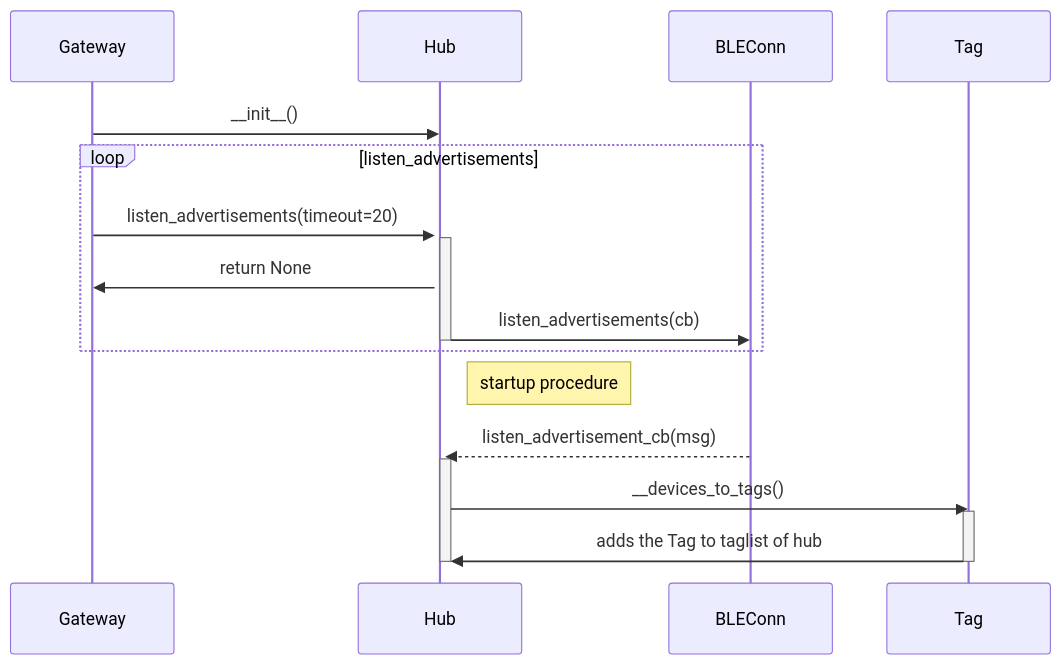
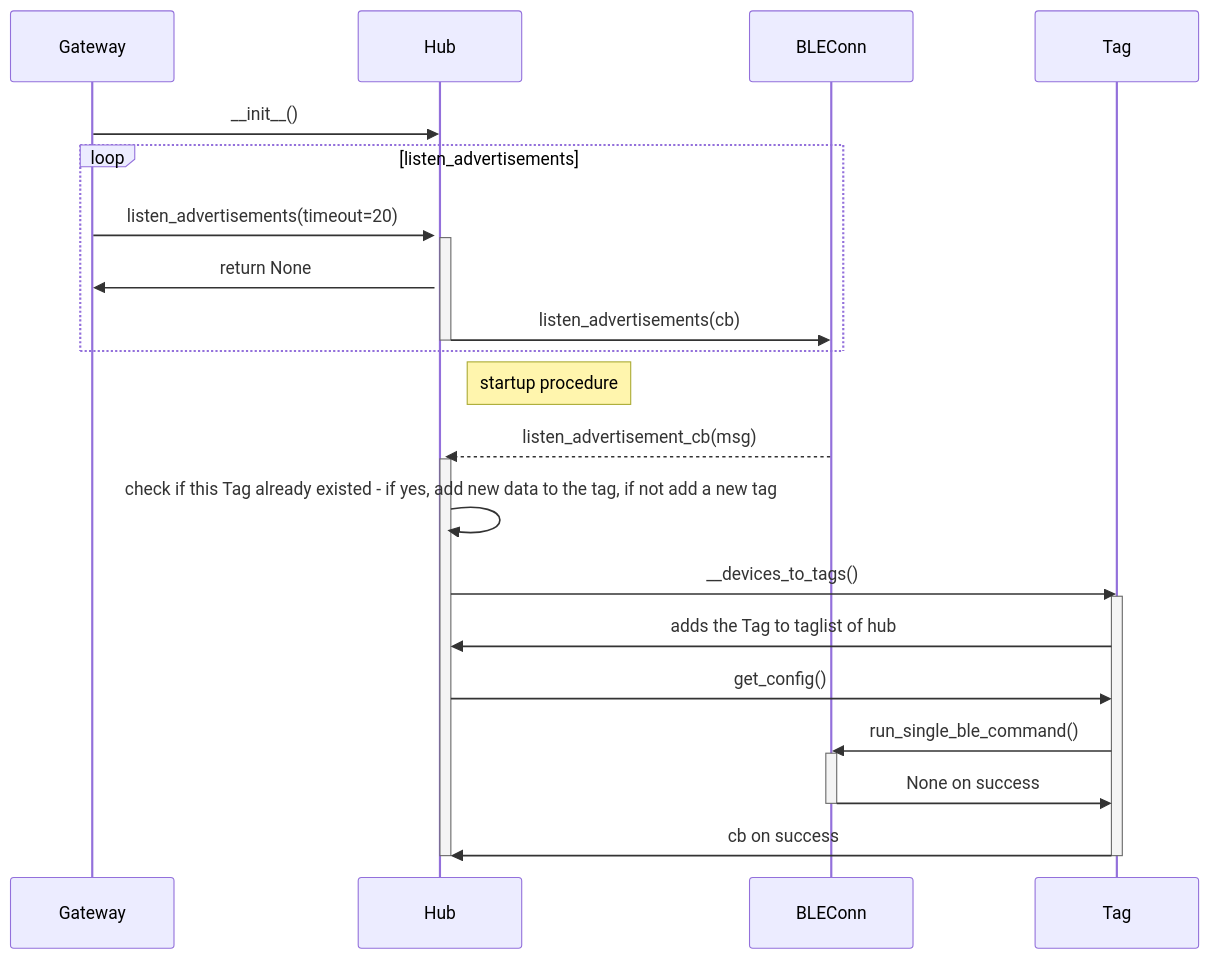
Before and after one commit to bchwtz/bchwtz-gateway: the second of 2 diagrams in docs/introduction.md, drawn with Mermaid.

Commit message:
added sequence diagram

````diff
--- a/docs/introduction.md
+++ b/docs/introduction.md
@@ -56,21 +56,28 @@
 ``` mermaid
 sequenceDiagram
   Gateway->>Hub: __init__()
   activate Hub
 
   loop listen_advertisements
     Gateway->>Hub: listen_advertisements(timeout=20)
     activate Hub
     Hub->>Gateway: return None
     Hub->>BLEConn: listen_advertisements(cb)
     deactivate Hub
   end
   Note right of Hub: startup procedure
   BLEConn-->>Hub: listen_advertisement_cb(msg)
   activate Hub
+  Hub->>Hub: check if this Tag already existed - if yes, add new data to the tag, if not add a new tag
   Hub->>Tag: __devices_to_tags()
   activate Tag
   Tag->>Hub: adds the Tag to taglist of hub
+  Hub->>Tag: get_config()
+  Tag->>BLEConn: run_single_ble_command()
+  activate BLEConn
+  BLEConn->>Tag: None on success
+  deactivate BLEConn
+  Tag->>Hub: cb on success
   deactivate Tag
   deactivate Hub
 ```
````
